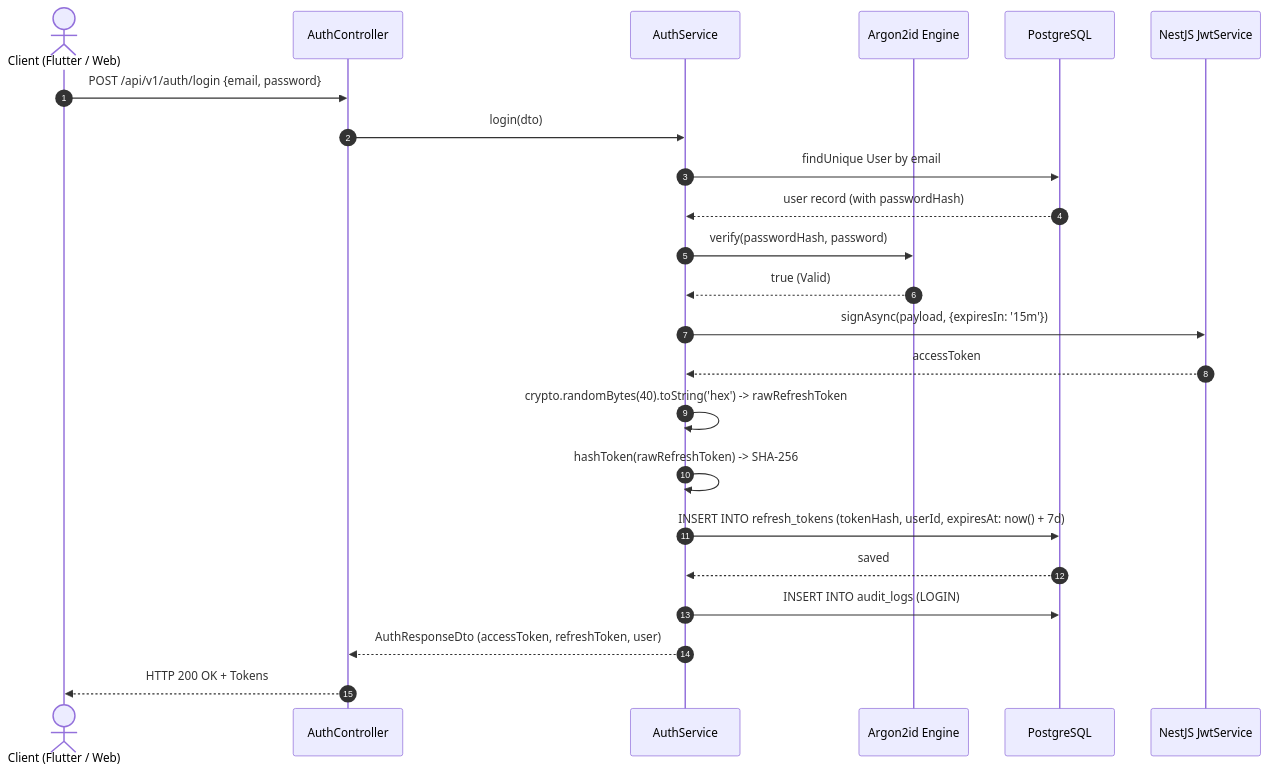
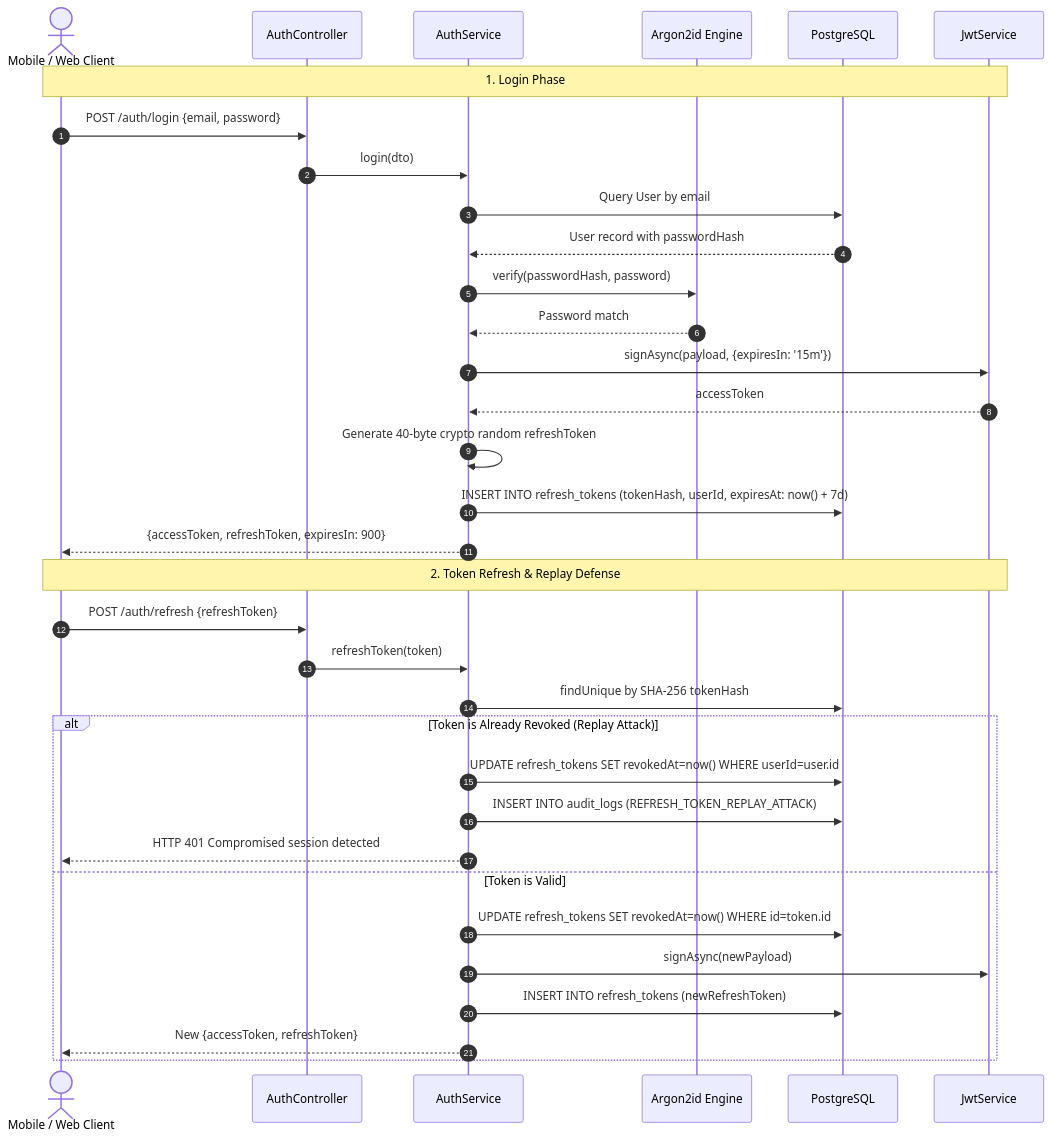
One commit to IbrahimElshishtawy/Employee_jops changed the fourth of 10 diagrams in backend/docs/SYSTEM_ARCHITECTURE.md. Above: the diagram before and after it, drawn with Mermaid. The commit also changed other lines of this file, not shown here.

Commit message:
docs: finalize complete architecture blueprint and visual system map

````diff
--- a/backend/docs/SYSTEM_ARCHITECTURE.md
+++ b/backend/docs/SYSTEM_ARCHITECTURE.md
@@ -135,27 +150,38 @@
 ```mermaid
 sequenceDiagram
     autonumber
-    actor User as Client (Flutter / Web)
+    actor Client as Mobile / Web Client
     participant AuthCtrl as AuthController
     participant AuthSvc as AuthService
     participant Argon as Argon2id Engine
     participant DB as PostgreSQL
-    participant JWT as NestJS JwtService
+    participant JWT as JwtService
 
-    User->>AuthCtrl: POST /api/v1/auth/login {email, password}
+    Note over Client,JWT: 1. Login Phase
+    Client->>AuthCtrl: POST /auth/login {email, password}
     AuthCtrl->>AuthSvc: login(dto)
-    AuthSvc->>DB: findUnique User by email
-    DB-->>AuthSvc: user record (with passwordHash)
+    AuthSvc->>DB: Query User by email
+    DB-->>AuthSvc: User record with passwordHash
     AuthSvc->>Argon: verify(passwordHash, password)
-    Argon-->>AuthSvc: true (Valid)
-    
+    Argon-->>AuthSvc: Password match
     AuthSvc->>JWT: signAsync(payload, {expiresIn: '15m'})
     JWT-->>AuthSvc: accessToken
-    AuthSvc->>AuthSvc: crypto.randomBytes(40).toString('hex') -> rawRefreshToken
-    AuthSvc->>AuthSvc: hashToken(rawRefreshToken) -> SHA-256
+    AuthSvc->>AuthSvc: Generate 40-byte crypto random refreshToken
     AuthSvc->>DB: INSERT INTO refresh_tokens (tokenHash, userId, expiresAt: now() + 7d)
-    DB-->>AuthSvc: saved
-    AuthSvc->>DB: INSERT INTO audit_logs (LOGIN)
-    AuthSvc-->>AuthCtrl: AuthResponseDto (accessToken, refreshToken, user)
-    AuthCtrl-->>User: HTTP 200 OK + Tokens
+    AuthSvc-->>Client: {accessToken, refreshToken, expiresIn: 900}
+
+    Note over Client,JWT: 2. Token Refresh & Replay Defense
+    Client->>AuthCtrl: POST /auth/refresh {refreshToken}
+    AuthCtrl->>AuthSvc: refreshToken(token)
+    AuthSvc->>DB: findUnique by SHA-256 tokenHash
+    alt Token is Already Revoked (Replay Attack)
+        AuthSvc->>DB: UPDATE refresh_tokens SET revokedAt=now() WHERE userId=user.id
+        AuthSvc->>DB: INSERT INTO audit_logs (REFRESH_TOKEN_REPLAY_ATTACK)
+        AuthSvc-->>Client: HTTP 401 Compromised session detected
+    else Token is Valid
+        AuthSvc->>DB: UPDATE refresh_tokens SET revokedAt=now() WHERE id=token.id
+        AuthSvc->>JWT: signAsync(newPayload)
+        AuthSvc->>DB: INSERT INTO refresh_tokens (newRefreshToken)
+        AuthSvc-->>Client: New {accessToken, refreshToken}
+    end
 ```
````
